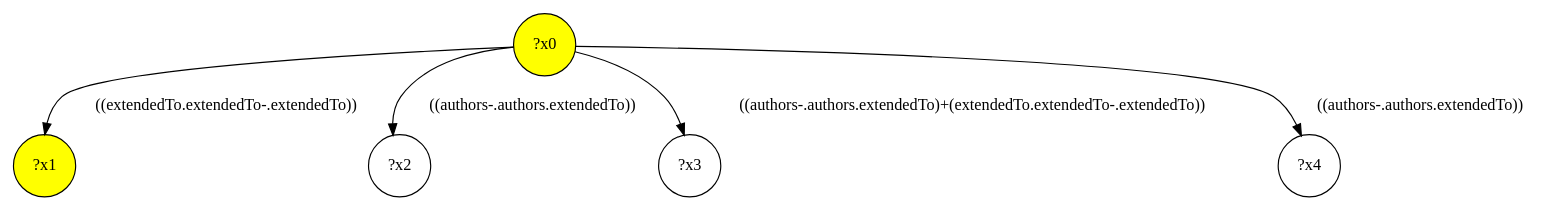
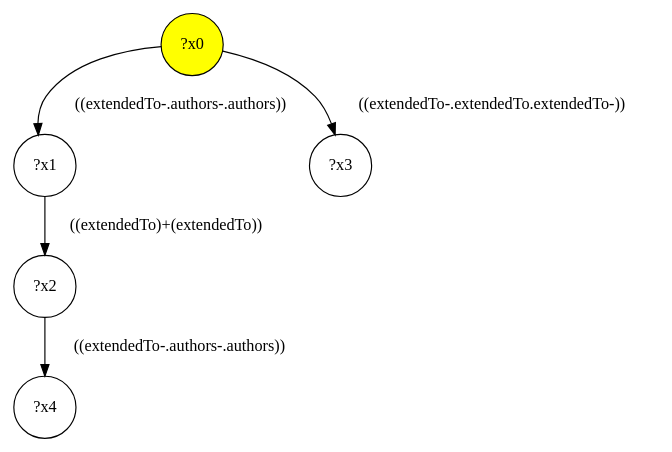
The diagram in src/queryinterface/interface-queries/query-19.dot (gbagan/gmark), drawn with Graphviz before and after one commit. The commit also changed 150 other files, not shown here.

```diff
--- a/src/queryinterface/interface-queries/query-19.dot
+++ b/src/queryinterface/interface-queries/query-19.dot
@@ -1,11 +1,11 @@
 digraph g {
 	x0 [fillcolor="yellow", style="filled," shape=circle, label="?x0"];
-	x1 [fillcolor="yellow", style="filled," shape=circle, label="?x1"];
-	x0 -> x1 [label="((extendedTo.extendedTo-.extendedTo))"];
+	x1 [shape=circle, label="?x1"];
+	x0 -> x1 [label="((extendedTo-.authors-.authors))"];
 	x2 [shape=circle, label="?x2"];
-	x0 -> x2 [label="((authors-.authors.extendedTo))"];
+	x1 -> x2 [label="((extendedTo)+(extendedTo))"];
 	x3 [shape=circle, label="?x3"];
-	x0 -> x3 [label="((authors-.authors.extendedTo)+(extendedTo.extendedTo-.extendedTo))"];
+	x0 -> x3 [label="((extendedTo-.extendedTo.extendedTo-))"];
 	x4 [shape=circle, label="?x4"];
-	x0 -> x4 [label="((authors-.authors.extendedTo))"];
+	x2 -> x4 [label="((extendedTo-.authors-.authors))"];
 }
```
